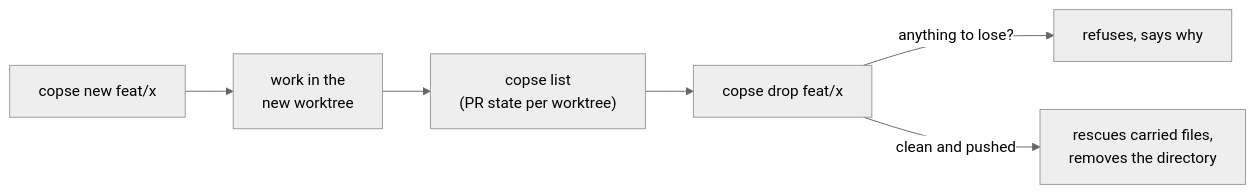
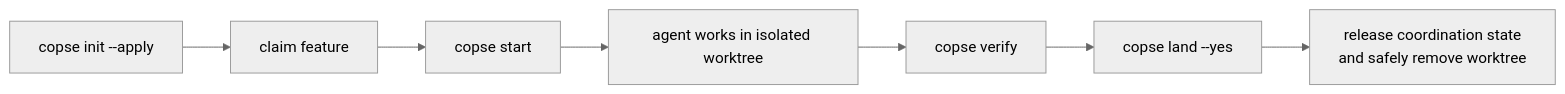
The diagram in README.md (AaronLPS/copse), drawn with Mermaid (neutral theme) before and after one commit. The commit also changed other lines of this file and 53 other files, not shown here.

````diff
--- a/README.md
+++ b/README.md
@@ -24,8 +57,9 @@
 ```mermaid
 flowchart LR
-    A["copse new feat/x"] --> B["work in the<br/>new worktree"]
-    B --> C["copse list<br/>(PR state per worktree)"]
-    C --> D["copse drop feat/x"]
-    D -->|"anything to lose?"| E["refuses, says why"]
-    D -->|"clean and pushed"| F["rescues carried files,<br/>removes the directory"]
+    I["copse init --apply"] --> C["claim feature"]
+    C --> S["copse start"]
+    S --> W["agent works in isolated worktree"]
+    W --> V["copse verify"]
+    V --> L["copse land --yes"]
+    L --> D["release coordination state<br/>and safely remove worktree"]
 ```
````
